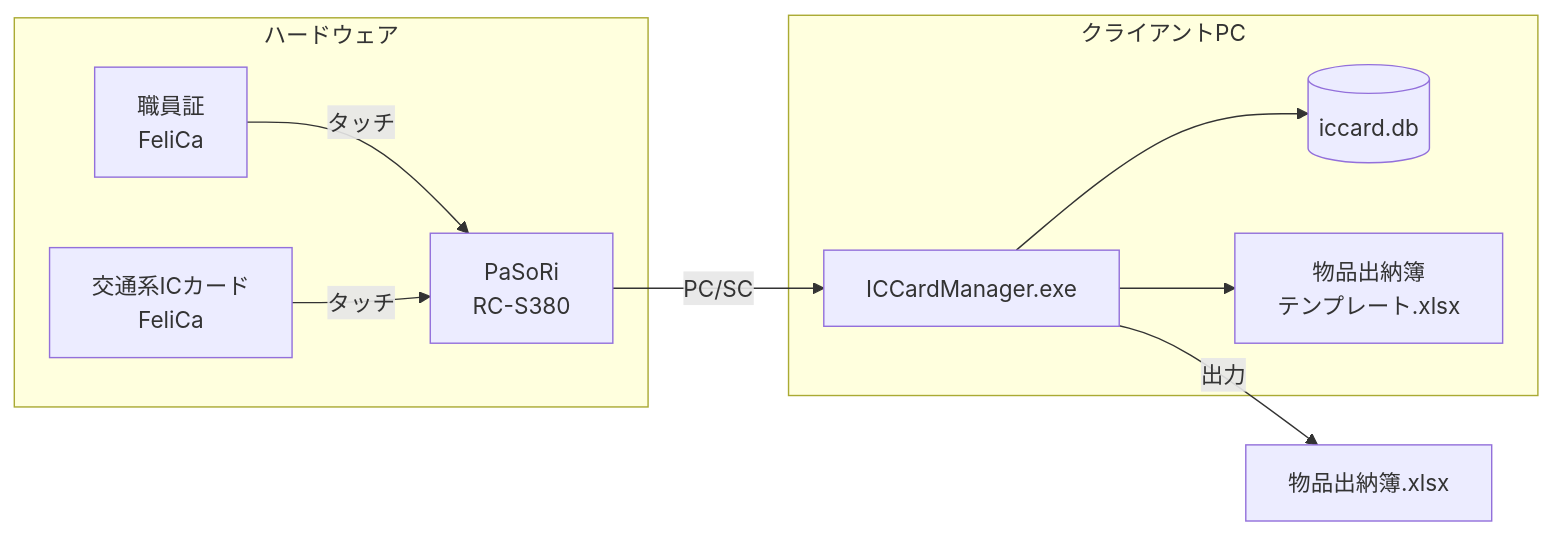
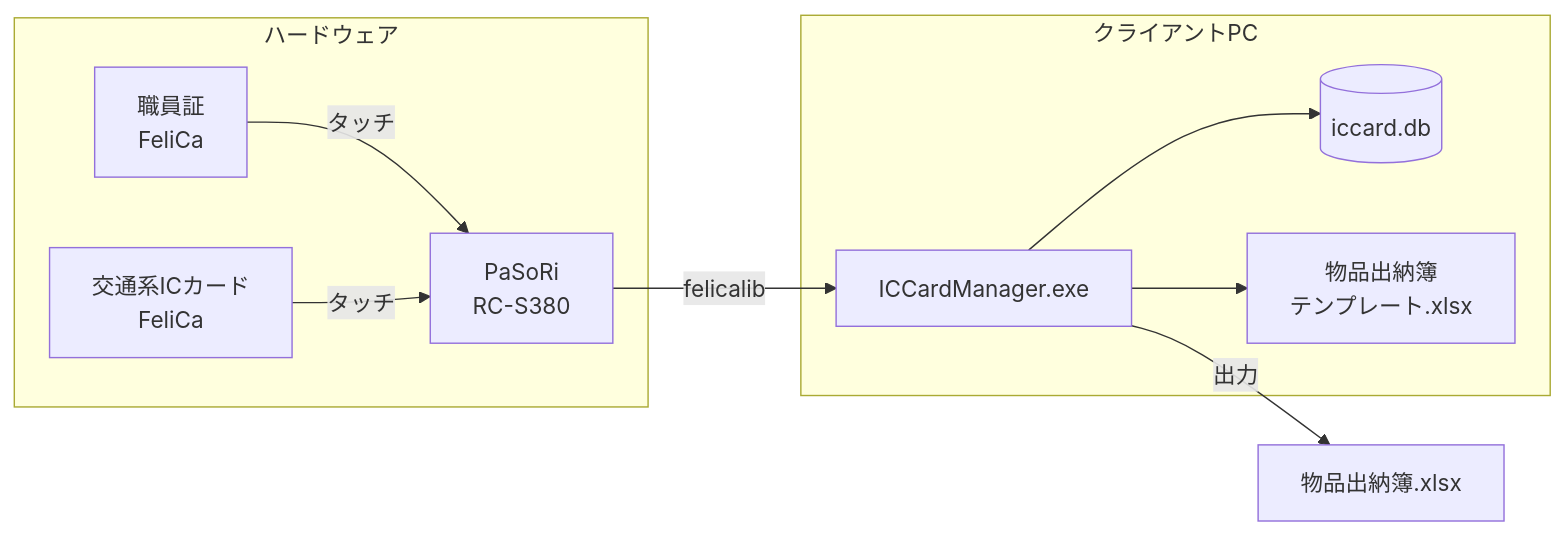
The second of 3 diagrams in ICCardManager/docs/design/01_システム概要設計書.md (kuwayamamasayuki/ICCardManager), drawn with Mermaid before and after one commit. The commit also changed other lines of this file and 21 other files, not shown here.

````diff
--- a/ICCardManager/docs/design/01_システム概要設計書.md
+++ b/ICCardManager/docs/design/01_システム概要設計書.md
@@ -87,21 +87,21 @@
 ```mermaid
 graph LR
     subgraph "クライアントPC"
         APP[ICCardManager.exe]
         DB[(iccard.db)]
         TEMPLATE[物品出納簿<br>テンプレート.xlsx]
     end
 
     subgraph "ハードウェア"
         PASORI[PaSoRi<br>RC-S380]
         STAFF_CARD[職員証<br>FeliCa]
         IC_CARD[交通系ICカード<br>FeliCa]
     end
 
-    PASORI -->|PC/SC| APP
+    PASORI -->|felicalib| APP
     STAFF_CARD -->|タッチ| PASORI
     IC_CARD -->|タッチ| PASORI
     APP --> DB
     APP --> TEMPLATE
     APP -->|出力| OUTPUT[物品出納簿.xlsx]
 ```
````
